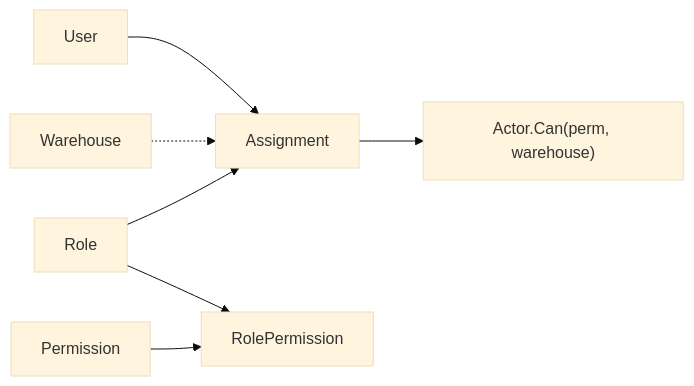
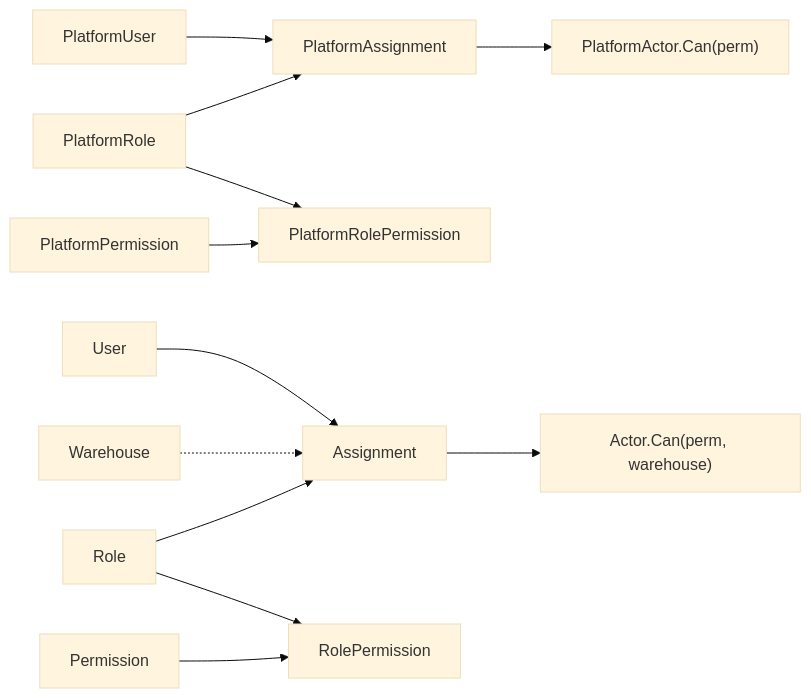
Before and after one commit to parag237/ProductionLineFlow: the diagram in .plans/structure_plan.md, drawn with Mermaid (base theme). The commit also changed other lines of this file and 3 other files, not shown here.

Commit message:
adding platform user approch

````diff
--- a/.plans/structure_plan.md
+++ b/.plans/structure_plan.md
@@ -47,9 +50,14 @@
 ```mermaid
 flowchart LR
+  PlatformUser --> PlatformAssignment
+  PlatformRole --> PlatformAssignment
+  PlatformPermission --> PlatformRolePermission
+  PlatformRole --> PlatformRolePermission
+  PlatformAssignment --> PlatformCanCheck["PlatformActor.Can(perm)"]
   User --> Assignment
   Role --> Assignment
   Warehouse -.-> Assignment
   Permission --> RolePermission
   Role --> RolePermission
   Assignment --> CanCheck["Actor.Can(perm, warehouse)"]
 ```
````
